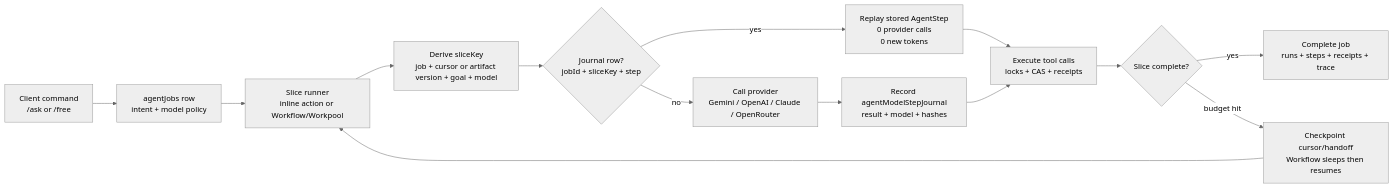
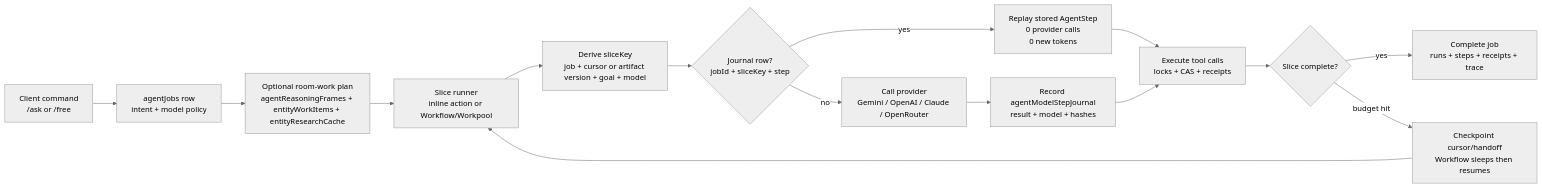
One commit to HomenShum/NodeRoom changed the first of 4 diagrams in README.md. Above: the diagram before and after it, drawn with Mermaid (neutral theme). The commit also changed other lines of this file and 26 other files, not shown here.

First line of the commit message:
Make reasoning frames operational

````diff
--- a/README.md
+++ b/README.md
@@ -612,16 +626,17 @@
 ```mermaid
 flowchart LR
   A["Client command<br/>/ask or /free"] --> B["agentJobs row<br/>intent + model policy"]
-  B --> C["Slice runner<br/>inline action or Workflow/Workpool"]
+  B --> C0["Optional room-work plan<br/>agentReasoningFrames + entityWorkItems + entityResearchCache"]
+  C0 --> C["Slice runner<br/>inline action or Workflow/Workpool"]
   C --> D["Derive sliceKey<br/>job + cursor or artifact version + goal + model"]
   D --> E{"Journal row?<br/>jobId + sliceKey + step"}
   E -- "yes" --> F["Replay stored AgentStep<br/>0 provider calls<br/>0 new tokens"]
   E -- "no" --> G["Call provider<br/>Gemini / OpenAI / Claude / OpenRouter"]
   G --> H["Record agentModelStepJournal<br/>result + model + hashes"]
   F --> I["Execute tool calls<br/>locks + CAS + receipts"]
   H --> I
   I --> J{"Slice complete?"}
   J -- "yes" --> K["Complete job<br/>runs + steps + receipts + trace"]
   J -- "budget hit" --> L["Checkpoint cursor/handoff<br/>Workflow sleeps then resumes"]
   L --> C
 ```
````
